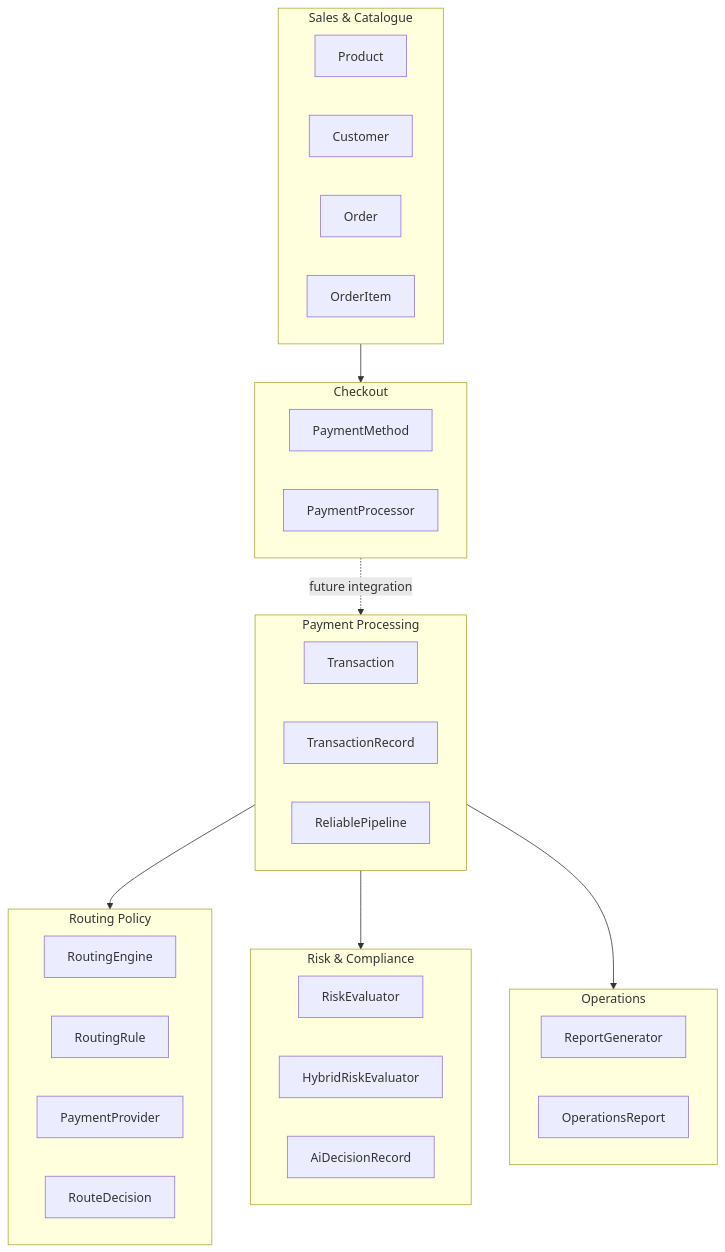
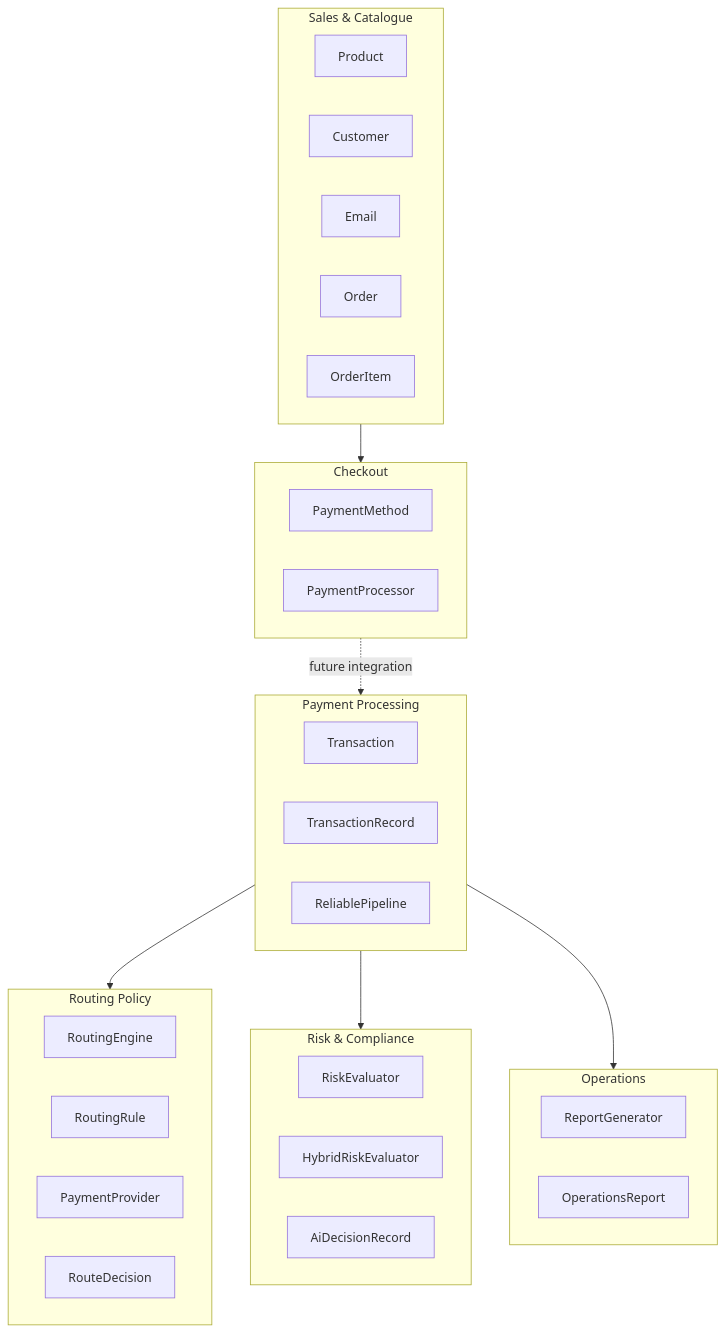
One commit to hilbertdev/paynest changed the second of 4 diagrams in docs/live-sessions/ddd-domain-analysis/01-noun-verb-domain-analysis.md. Above: the diagram before and after it, drawn with Mermaid. The commit also changed other lines of this file and 9 other files, not shown here.

````diff
--- a/docs/live-sessions/ddd-domain-analysis/01-noun-verb-domain-analysis.md
+++ b/docs/live-sessions/ddd-domain-analysis/01-noun-verb-domain-analysis.md
@@ -341,44 +345,45 @@
 ```mermaid
 flowchart TB
     subgraph Sales["Sales & Catalogue"]
         Product
         Customer
+        Email
         Order
         OrderItem
     end
 
     subgraph Checkout["Checkout"]
         PaymentMethod
         PaymentProcessor
     end
 
     subgraph Payments["Payment Processing"]
         Transaction
         TransactionRecord
         ReliablePipeline
     end
 
     subgraph Routing["Routing Policy"]
         RoutingEngine
         RoutingRule
         PaymentProvider
         RouteDecision
     end
 
     subgraph Risk["Risk & Compliance"]
         RiskEvaluator
         HybridRiskEvaluator
         AiDecisionRecord
     end
 
     subgraph Ops["Operations"]
         ReportGenerator
         OperationsReport
     end
 
     Sales --> Checkout
     Checkout -.->|"future integration"| Payments
     Payments --> Routing
     Payments --> Risk
     Payments --> Ops
 ```
````
